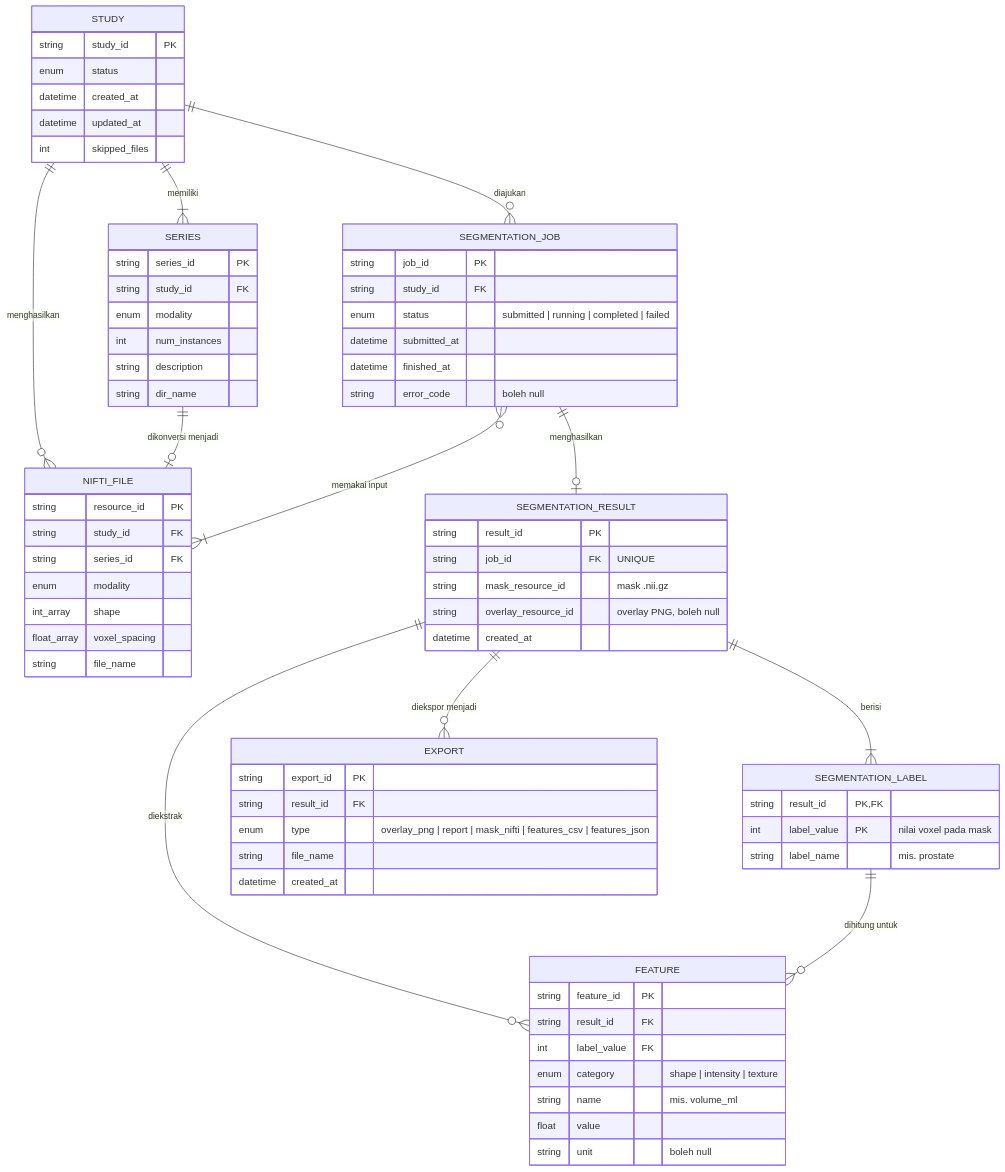
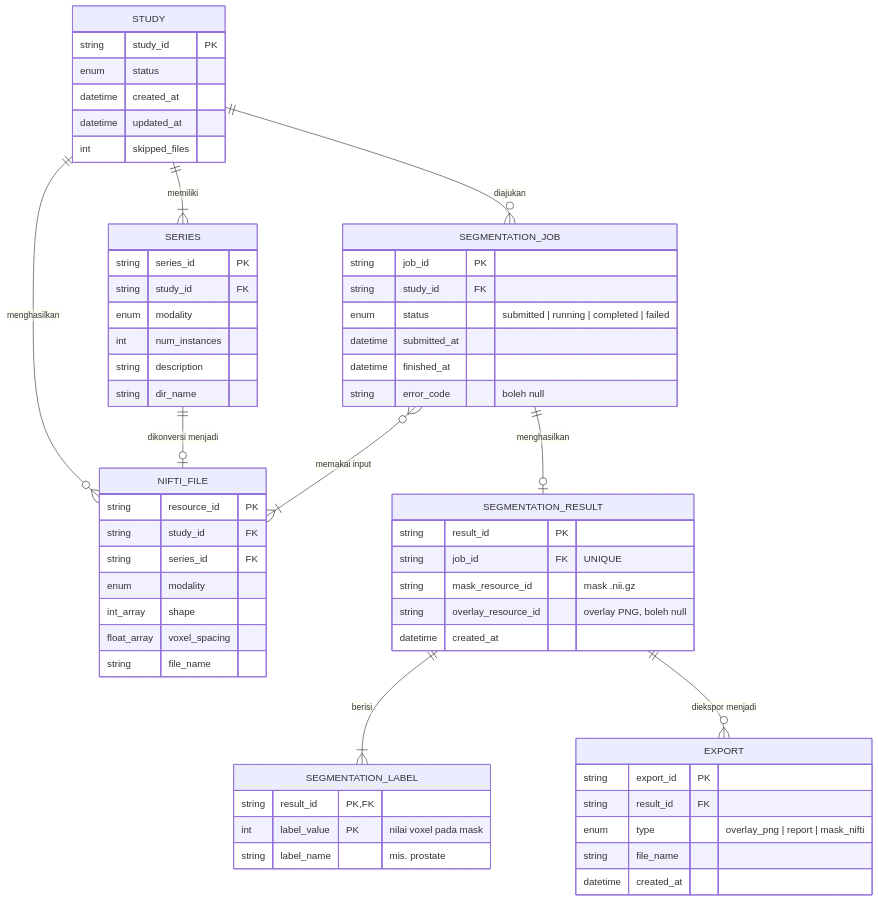
The second of 3 diagrams in docs/ERD_AIRA.md (rascalosh/AIRA-Mobile), drawn with Mermaid before and after one commit. The commit also changed other lines of this file, not shown here.

First line of the commit message:
Remove FEATURE entity from ERD documentation

````diff
--- a/docs/ERD_AIRA.md
+++ b/docs/ERD_AIRA.md
@@ -85,81 +83,69 @@
 ```mermaid
 erDiagram
     STUDY ||--|{ SERIES : "memiliki"
     STUDY ||--o{ NIFTI_FILE : "menghasilkan"
     SERIES ||--o| NIFTI_FILE : "dikonversi menjadi"
     STUDY ||--o{ SEGMENTATION_JOB : "diajukan"
     SEGMENTATION_JOB }o--|{ NIFTI_FILE : "memakai input"
     SEGMENTATION_JOB ||--o| SEGMENTATION_RESULT : "menghasilkan"
     SEGMENTATION_RESULT ||--|{ SEGMENTATION_LABEL : "berisi"
-    SEGMENTATION_RESULT ||--o{ FEATURE : "diekstrak"
-    SEGMENTATION_LABEL ||--o{ FEATURE : "dihitung untuk"
     SEGMENTATION_RESULT ||--o{ EXPORT : "diekspor menjadi"
 
     STUDY {
         string study_id PK
         enum status
         datetime created_at
         datetime updated_at
         int skipped_files
     }
 
     SERIES {
         string series_id PK
         string study_id FK
         enum modality
         int num_instances
         string description
         string dir_name
     }
 
     NIFTI_FILE {
         string resource_id PK
         string study_id FK
         string series_id FK
         enum modality
         int_array shape
         float_array voxel_spacing
         string file_name
     }
 
     SEGMENTATION_JOB {
         string job_id PK
         string study_id FK
         enum status "submitted | running | completed | failed"
         datetime submitted_at
         datetime finished_at
         string error_code "boleh null"
     }
 
     SEGMENTATION_RESULT {
         string result_id PK
         string job_id FK "UNIQUE"
         string mask_resource_id "mask .nii.gz"
         string overlay_resource_id "overlay PNG, boleh null"
         datetime created_at
     }
 
     SEGMENTATION_LABEL {
         string result_id PK,FK
         int label_value PK "nilai voxel pada mask"
         string label_name "mis. prostate"
     }
 
-    FEATURE {
-        string feature_id PK
-        string result_id FK
-        int label_value FK
-        enum category "shape | intensity | texture"
-        string name "mis. volume_ml"
-        float value
-        string unit "boleh null"
-    }
-
     EXPORT {
         string export_id PK
         string result_id FK
-        enum type "overlay_png | report | mask_nifti | features_csv | features_json"
+        enum type "overlay_png | report | mask_nifti"
         string file_name
         datetime created_at
     }
 ```
````
